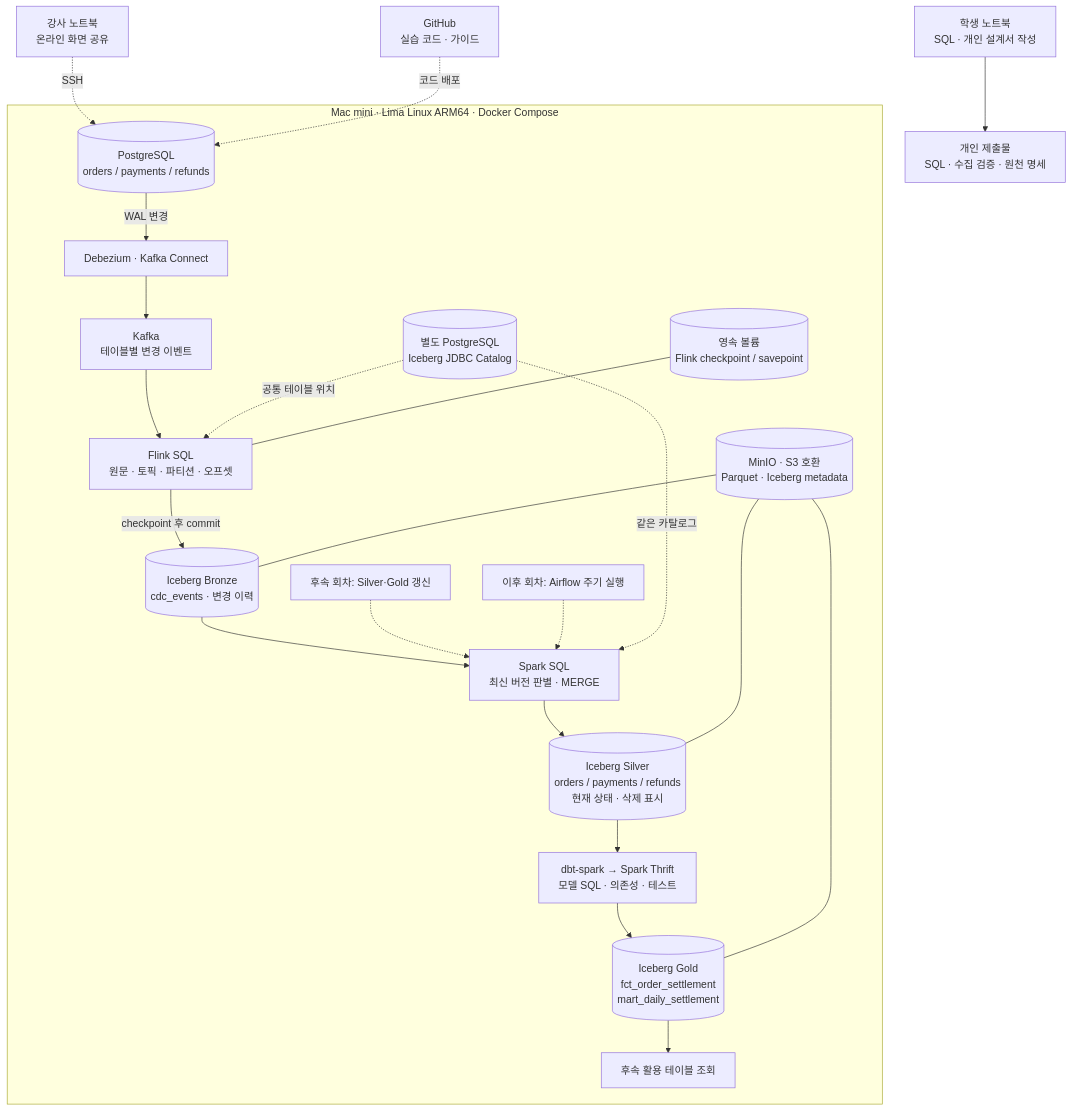
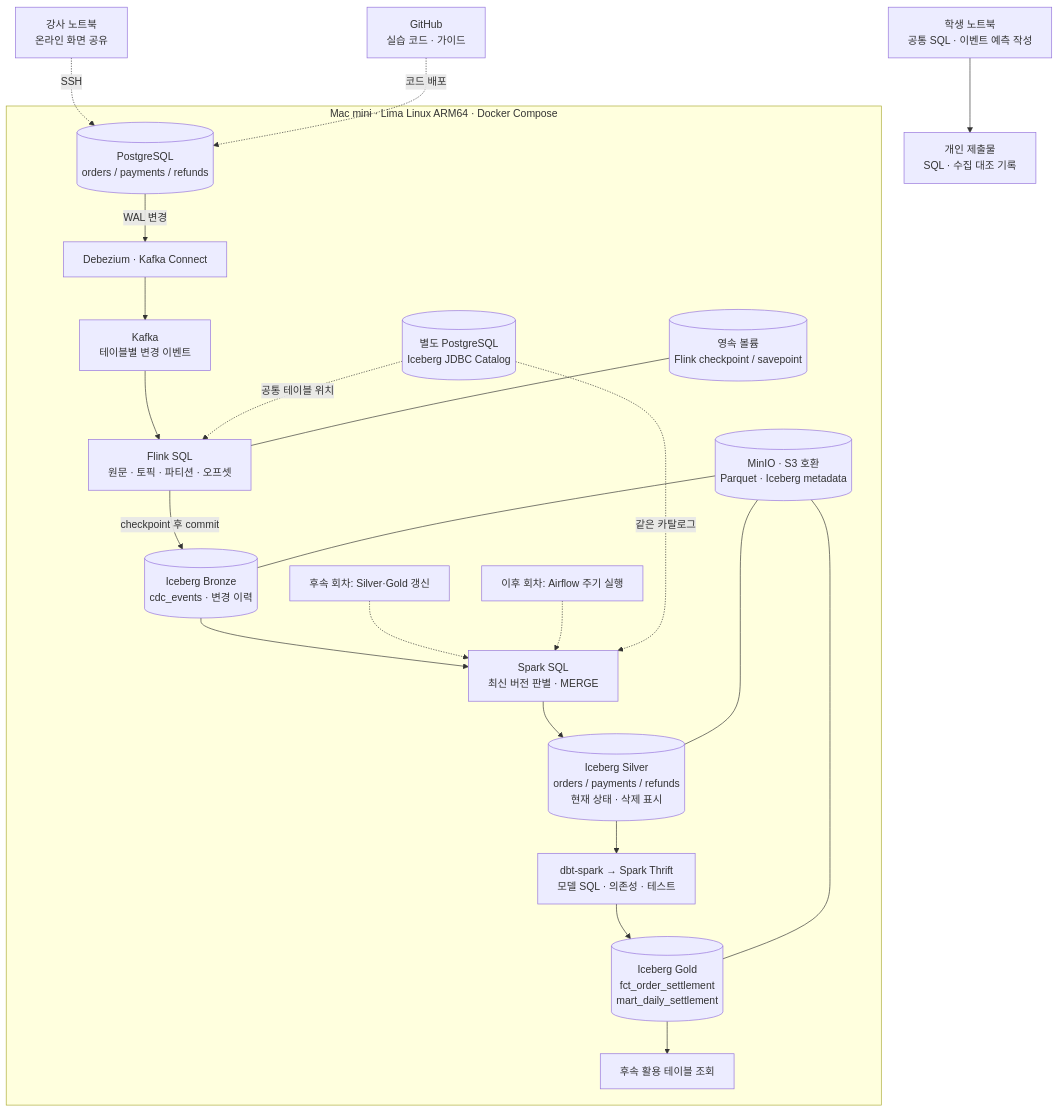
Before and after one commit to kim-dabin/cdc-lakehouse-study: the first of 2 diagrams in labs/session01/architecture.md, drawn with Mermaid. The commit also changed other lines of this file and 11 other files, not shown here.

````diff
--- a/labs/session01/architecture.md
+++ b/labs/session01/architecture.md
@@ -19,25 +19,25 @@
 ```mermaid
 flowchart TB
-  student[학생 노트북<br/>SQL · 개인 설계서 작성] --> submission[개인 제출물<br/>SQL · 수집 검증 · 원천 명세]
+  student[학생 노트북<br/>공통 SQL · 이벤트 예측 작성] --> submission[개인 제출물<br/>SQL · 수집 대조 기록]
   teacher[강사 노트북<br/>온라인 화면 공유] -. SSH .-> pg
   repo[GitHub<br/>실습 코드 · 가이드] -. 코드 배포 .-> pg
   subgraph mini[Mac mini · Lima Linux ARM64 · Docker Compose]
     pg[(PostgreSQL<br/>orders / payments / refunds)] -->|WAL 변경| debezium[Debezium · Kafka Connect]
     debezium --> kafka[Kafka<br/>테이블별 변경 이벤트]
     kafka --> flink[Flink SQL<br/>원문 · 토픽 · 파티션 · 오프셋]
     flink -->|checkpoint 후 commit| bronze[(Iceberg Bronze<br/>cdc_events · 변경 이력)]
     bronze --> spark[Spark SQL<br/>최신 버전 판별 · MERGE]
     spark --> silver[(Iceberg Silver<br/>orders / payments / refunds<br/>현재 상태 · 삭제 표시)]
     silver --> dbt[dbt-spark → Spark Thrift<br/>모델 SQL · 의존성 · 테스트]
     dbt --> gold[(Iceberg Gold<br/>fct_order_settlement<br/>mart_daily_settlement)]
     gold --> result[후속 활용 테이블 조회]
     manual[후속 회차: Silver·Gold 갱신] -.-> spark
     airflow[이후 회차: Airflow 주기 실행] -.-> spark
     catalog[(별도 PostgreSQL<br/>Iceberg JDBC Catalog)] -. 공통 테이블 위치 .-> flink
     catalog -. 같은 카탈로그 .-> spark
     objectstore[(MinIO · S3 호환<br/>Parquet · Iceberg metadata)] --- bronze
     objectstore --- silver
     objectstore --- gold
     checkpoint[(영속 볼륨<br/>Flink checkpoint / savepoint)] --- flink
   end
 ```
````
